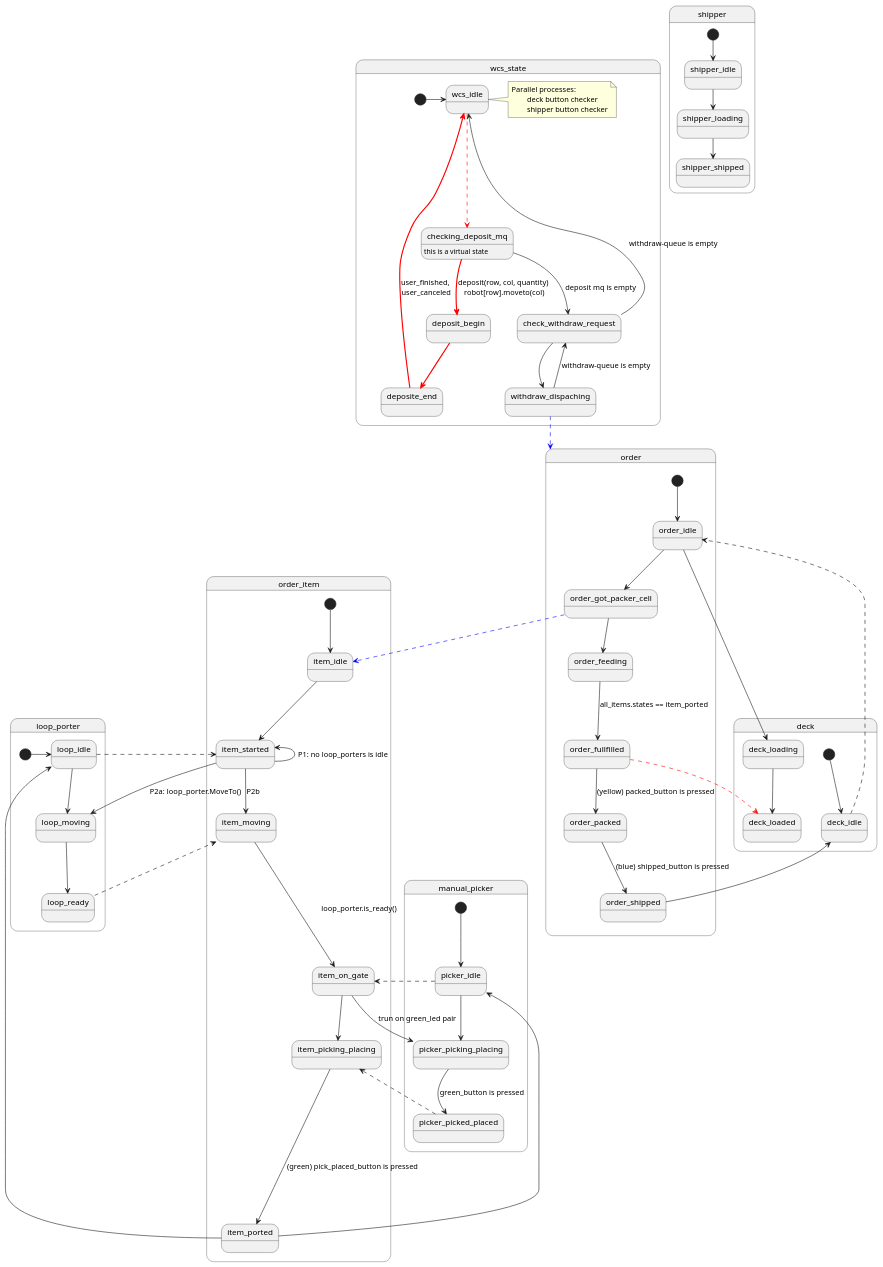
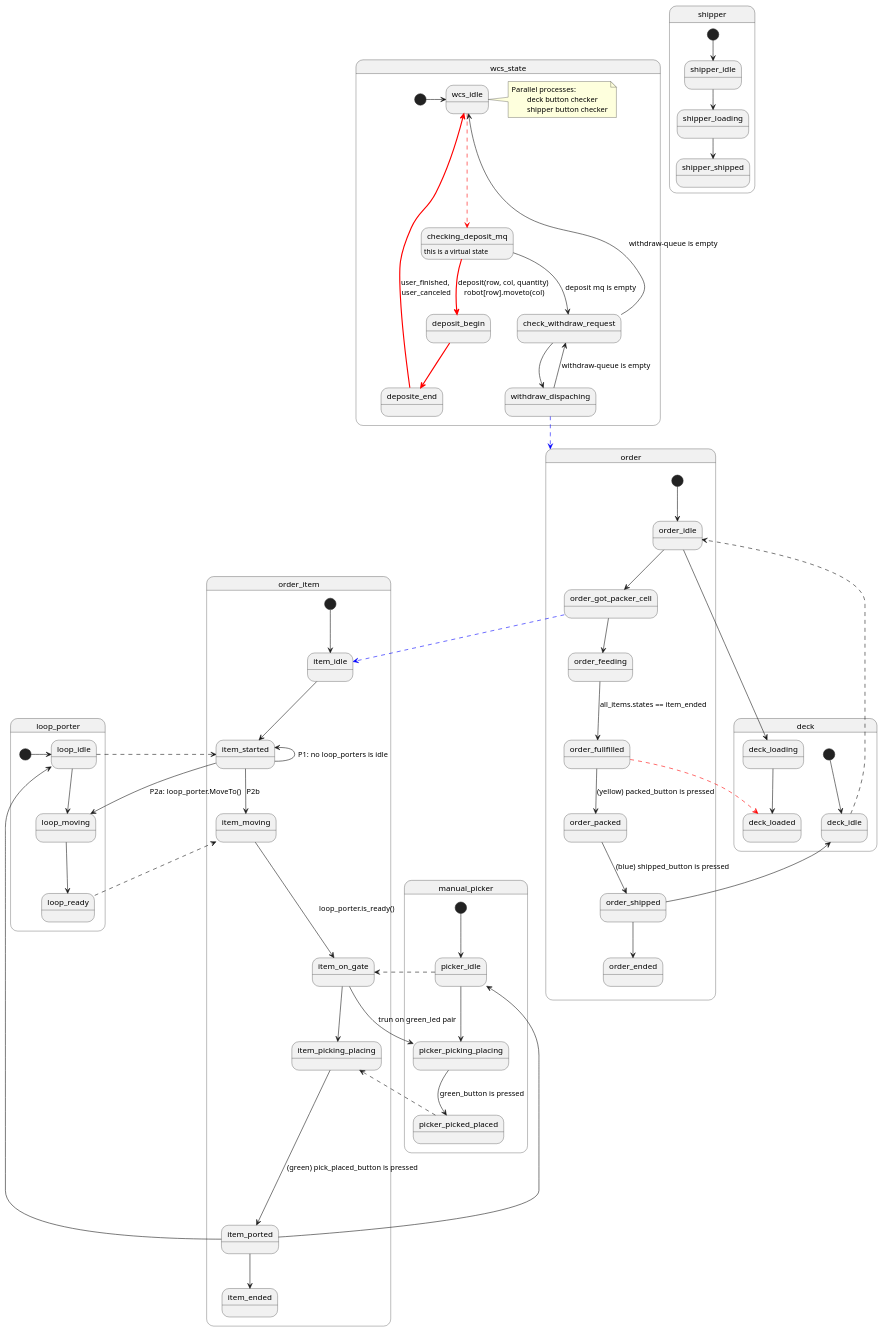
One commit to voicevon/gobot_front changed the diagram in apps/port1234/twh_wcs/docs/wcs_looper_manual_packer_ver2.puml. Above: the diagram before and after it, drawn with PlantUML. The commit also changed 9 other files, not shown here.

```diff
--- a/apps/port1234/twh_wcs/docs/wcs_looper_manual_packer_ver2.puml
+++ b/apps/port1234/twh_wcs/docs/wcs_looper_manual_packer_ver2.puml
@@ -1,92 +1,94 @@
 @startuml
 
 
 
 state order_item{
 	[*] --> item_idle
 	item_idle --> item_started
 	item_started <-- item_started:  P1: no loop_porters is idle
 	item_started --> item_moving: P2b
     item_moving ---> item_on_gate: loop_porter.is_ready()
 	item_on_gate --> item_picking_placing
     item_picking_placing ----> item_ported: (green) pick_placed_button is pressed
+	item_ported --> item_ended
 }
 
 state order{
 	[*] --> order_idle
 	order_idle --> order_got_packer_cell
 	order_got_packer_cell --> order_feeding
-	order_feeding --> order_fullfilled:  all_items.states == item_ported
+	order_feeding --> order_fullfilled:  all_items.states == item_ended
 	order_fullfilled --> order_packed: (yellow) packed_button is pressed
 	order_packed -->order_shipped:  (blue) shipped_button is pressed
+	order_shipped --> order_ended
 }
 state deck{
 	[*] --> deck_idle
 	state deck_loading
 	deck_loading --> deck_loaded
 }
 order_fullfilled -[#red,dashed]-> deck_loaded
 deck_idle -[dashed]-> order_idle
 order_idle --> deck_loading
 order_shipped --> deck_idle
 order_got_packer_cell -[#blue,dashed]-> item_idle
 
 
 state loop_porter {
 	[*] -> loop_idle 
 	loop_idle --> loop_moving
 	loop_moving --> loop_ready
 }
 loop_idle -[dashed]---> item_started
 item_started --> loop_moving: P2a: loop_porter.MoveTo()
 loop_ready -[dashed]-> item_moving
 
 
 state manual_picker{
 	[*] --> picker_idle
 	picker_idle --> picker_picking_placing
 	picker_picking_placing --> picker_picked_placed: green_button is pressed
 	
 }
 picker_idle -[dashed]-> item_on_gate
 item_on_gate --> picker_picking_placing: trun on green_led pair
 picker_picked_placed -[dashed]-> item_picking_placing
 item_ported --> picker_idle
 
 state shipper{
 	[*] --> shipper_idle
 	shipper_idle --> shipper_loading
 	shipper_loading --> shipper_shipped
 
 }
 
 state wcs_state{
 	[*] -> wcs_idle
 	wcs_idle-[#red,dashed]-> checking_deposit_mq
 	checking_deposit_mq -[#red,bold]-> deposit_begin: deposit(row, col, quantity) \nrobot[row].moveto(col)
 	deposit_begin -[#red,bold]-> deposite_end
 	deposite_end -[#red,bold]->wcs_idle: user_finished, \nuser_canceled
 	checking_deposit_mq: this is a virtual state
 
 	checking_deposit_mq --> check_withdraw_request: deposit mq is empty
 	check_withdraw_request --> wcs_idle:  withdraw-queue is empty
 	check_withdraw_request --> withdraw_dispaching
 	withdraw_dispaching --> check_withdraw_request: withdraw-queue is empty
 
 	note right of wcs_idle
 	Parallel processes:
 		deck button checker
 		shipper button checker
 	end note
 }
 
 withdraw_dispaching -[#blue,dashed]-> order
 
 
 
 item_ported --> loop_idle
 
 
 
 
 @enduml
```
